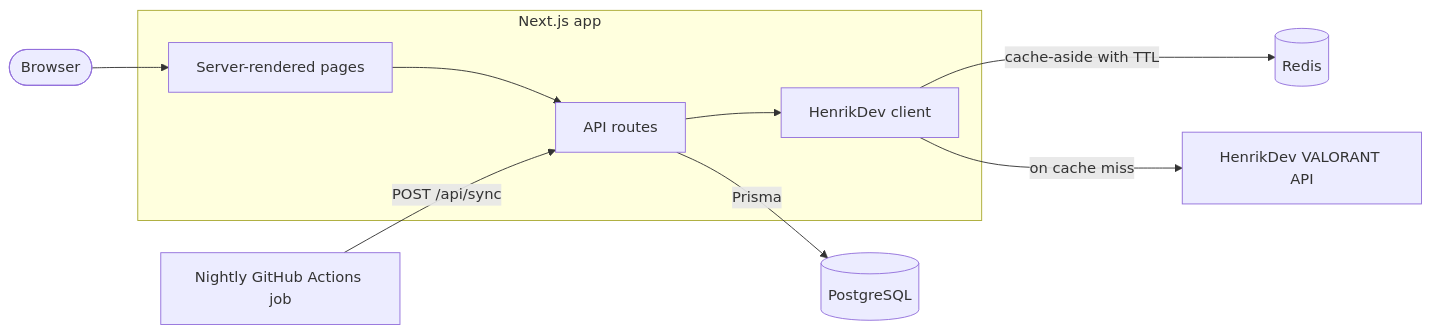
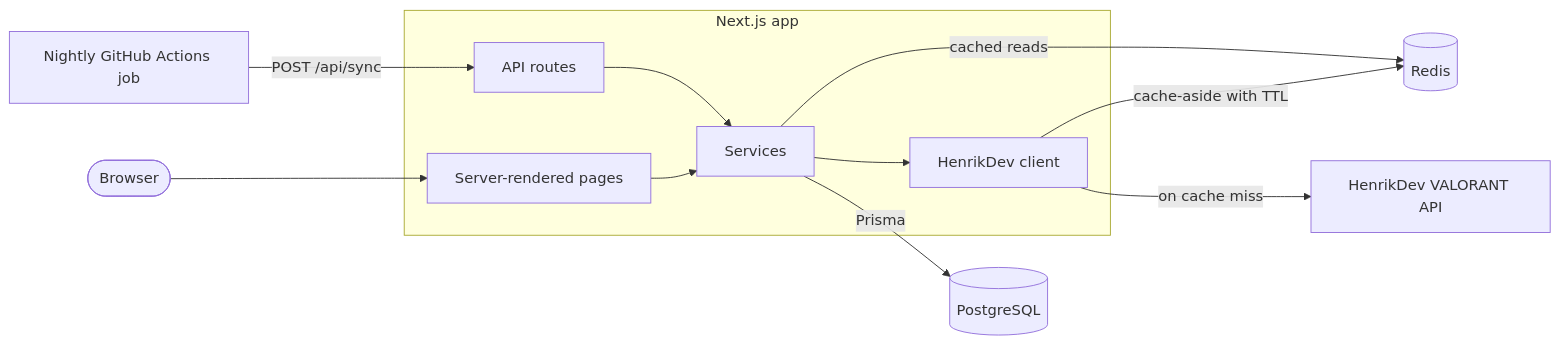
The diagram in README.md (andrewwsou/valorant-tracker), drawn with Mermaid before and after one commit. The commit also changed other lines of this file and 19 other files, not shown here.

````diff
--- a/README.md
+++ b/README.md
@@ -18,13 +20,15 @@
 ```mermaid
 flowchart LR
     subgraph app [Next.js app]
-        pages[Server-rendered pages] --> api[API routes]
-        api --> client[HenrikDev client]
+        pages[Server-rendered pages] --> services[Services]
+        api[API routes] --> services
+        services --> client[HenrikDev client]
     end
 
     browser([Browser]) --> pages
+    cron[Nightly GitHub Actions job] -->|"POST /api/sync"| api
     client -->|cache-aside with TTL| redis[(Redis)]
     client -->|on cache miss| henrik[HenrikDev VALORANT API]
-    api -->|Prisma| postgres[(PostgreSQL)]
-    cron[Nightly GitHub Actions job] -->|"POST /api/sync"| api
+    services -->|cached reads| redis
+    services -->|Prisma| postgres[(PostgreSQL)]
 ```
````
